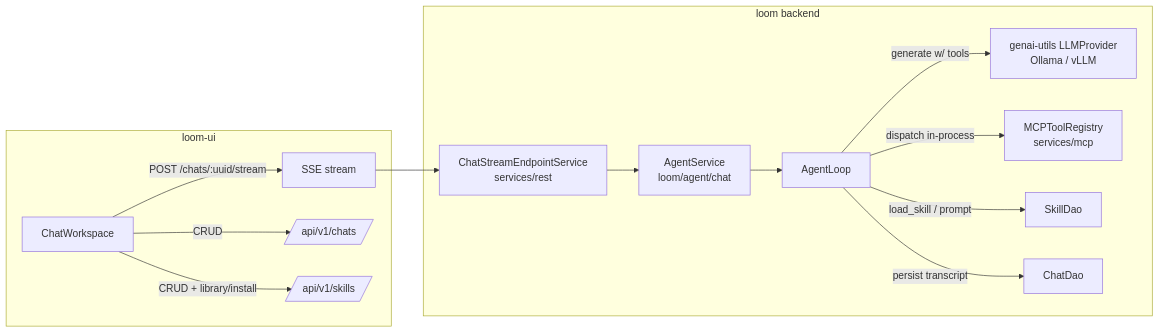
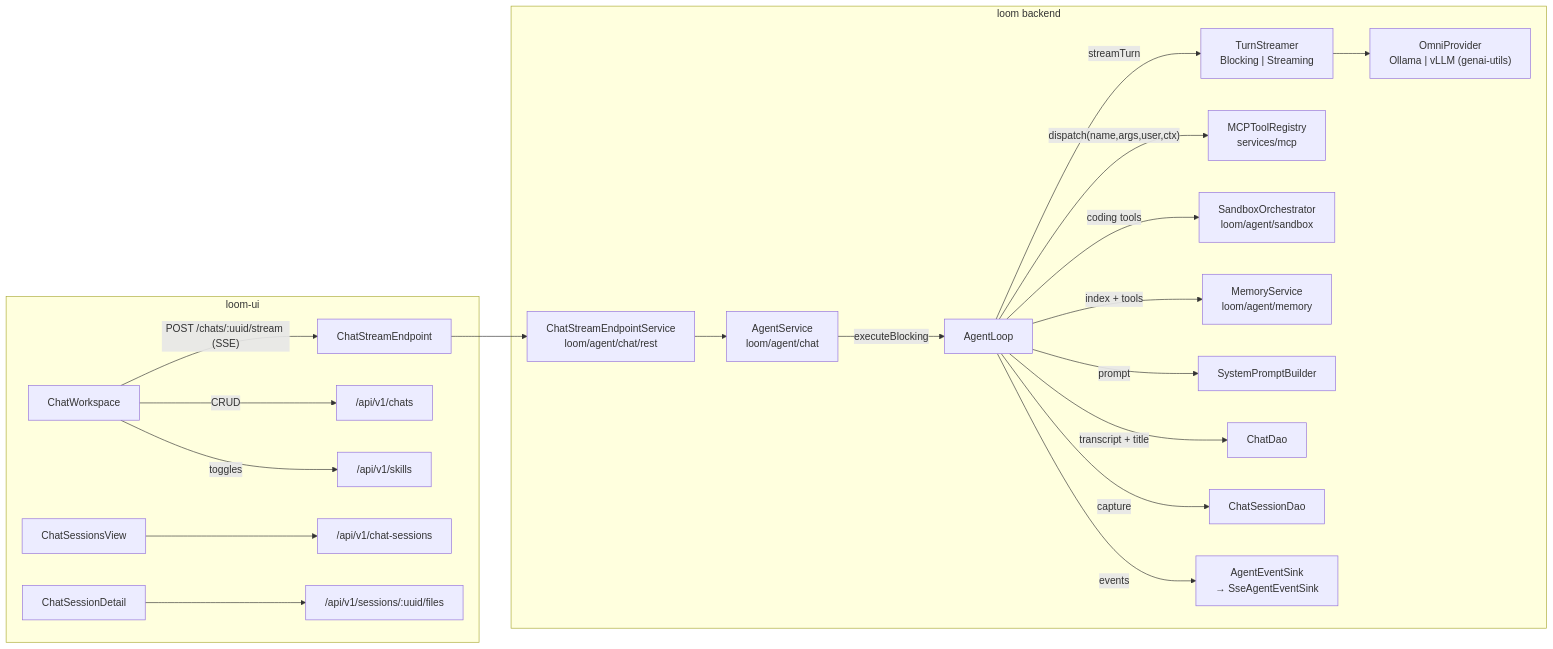
One commit to metaloom/metaloom changed the first of 2 diagrams in spec/loom/ui/CHAT.md. Above: the diagram before and after it, drawn with Mermaid. The commit also changed other lines of this file and 45 other files, not shown here.

````diff
--- a/spec/loom/ui/CHAT.md
+++ b/spec/loom/ui/CHAT.md
@@ -68,17 +58,24 @@
 ```mermaid
 graph LR
-    subgraph loom-ui
-        CW[ChatWorkspace] -->|POST /chats/:uuid/stream| SSE
-        CW -->|CRUD| CHATS[/api/v1/chats/]
-        CW -->|CRUD + library/install| SKILLS[/api/v1/skills/]
+    subgraph loomui["loom-ui"]
+        CW[ChatWorkspace] -->|"POST /chats/:uuid/stream (SSE)"| SSE
+        CW -->|CRUD| CHATS["/api/v1/chats"]
+        CW -->|toggles| SKILLS["/api/v1/skills"]
+        CSV[ChatSessionsView] --> CSES2["/api/v1/chat-sessions"]
+        CSD[ChatSessionDetail] --> FS["/api/v1/sessions/:uuid/files"]
     end
-    subgraph loom backend
-        SSE[SSE stream] --> CSES[ChatStreamEndpointService<br/>services/rest]
-        CSES --> AS[AgentService<br/>loom/agent/chat]
-        AS --> AL[AgentLoop]
-        AL -->|generate w/ tools| LLM[genai-utils LLMProvider<br/>Ollama / vLLM]
-        AL -->|dispatch in-process| MCP[MCPToolRegistry<br/>services/mcp]
-        AL -->|load_skill / prompt| SK[SkillDao]
-        AL -->|persist transcript| CD[ChatDao]
+    subgraph backend["loom backend"]
+        SSE[ChatStreamEndpoint] --> CSS["ChatStreamEndpointService<br/>loom/agent/chat/rest"]
+        CSS --> AS["AgentService<br/>loom/agent/chat"]
+        AS -->|executeBlocking| AL[AgentLoop]
+        AL -->|streamTurn| TS["TurnStreamer<br/>Blocking | Streaming"]
+        TS --> LLM["OmniProvider<br/>Ollama | vLLM (genai-utils)"]
+        AL -->|"dispatch(name,args,user,ctx)"| MCP["MCPToolRegistry<br/>services/mcp"]
+        AL -->|coding tools| SB["SandboxOrchestrator<br/>loom/agent/sandbox"]
+        AL -->|index + tools| MEM["MemoryService<br/>loom/agent/memory"]
+        AL -->|prompt| SPB[SystemPromptBuilder]
+        AL -->|"transcript + title"| CD[ChatDao]
+        AL -->|capture| CSD2[ChatSessionDao]
+        AL -->|events| SINK["AgentEventSink<br/>→ SseAgentEventSink"]
     end
 ```
````
